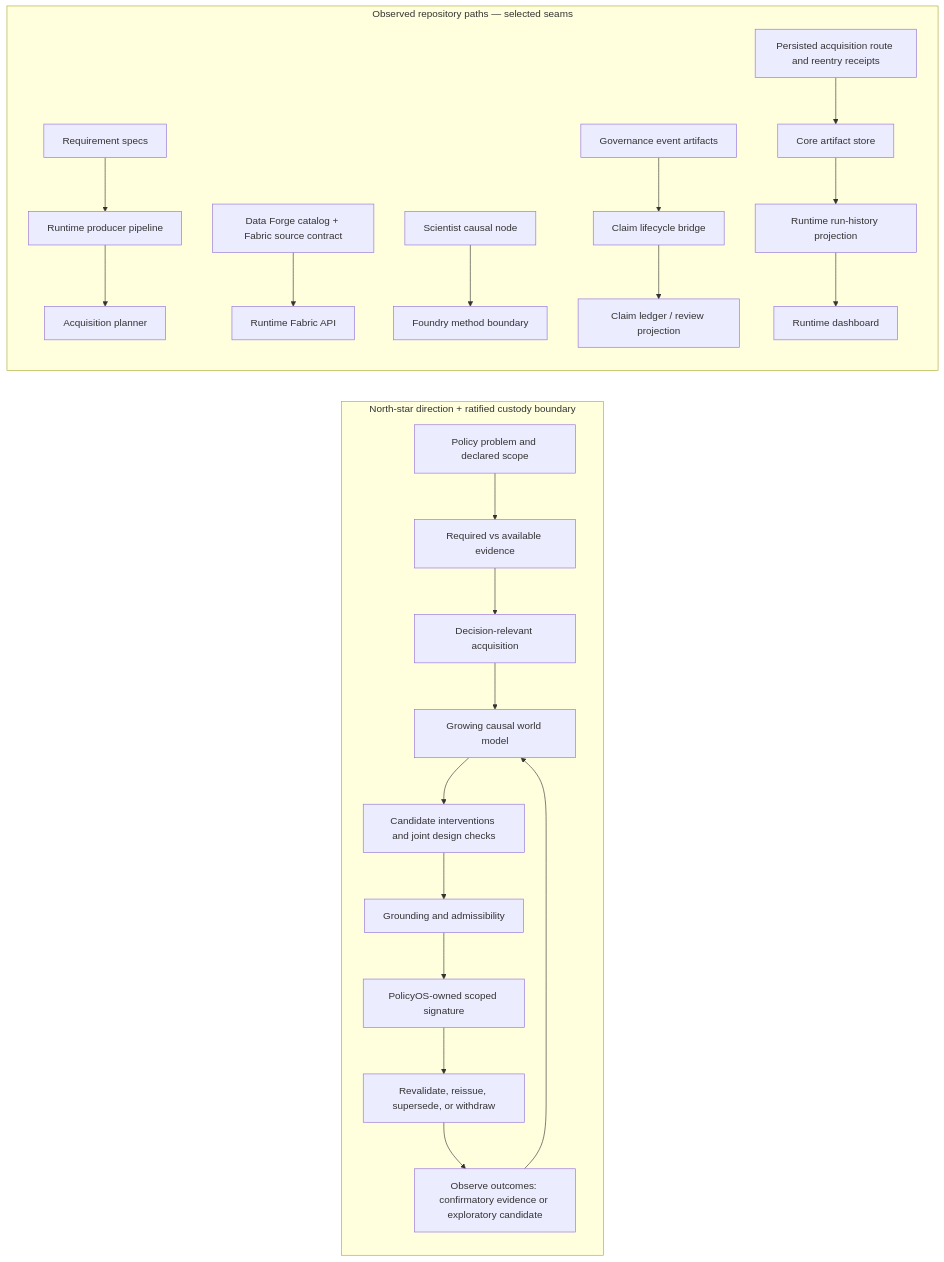
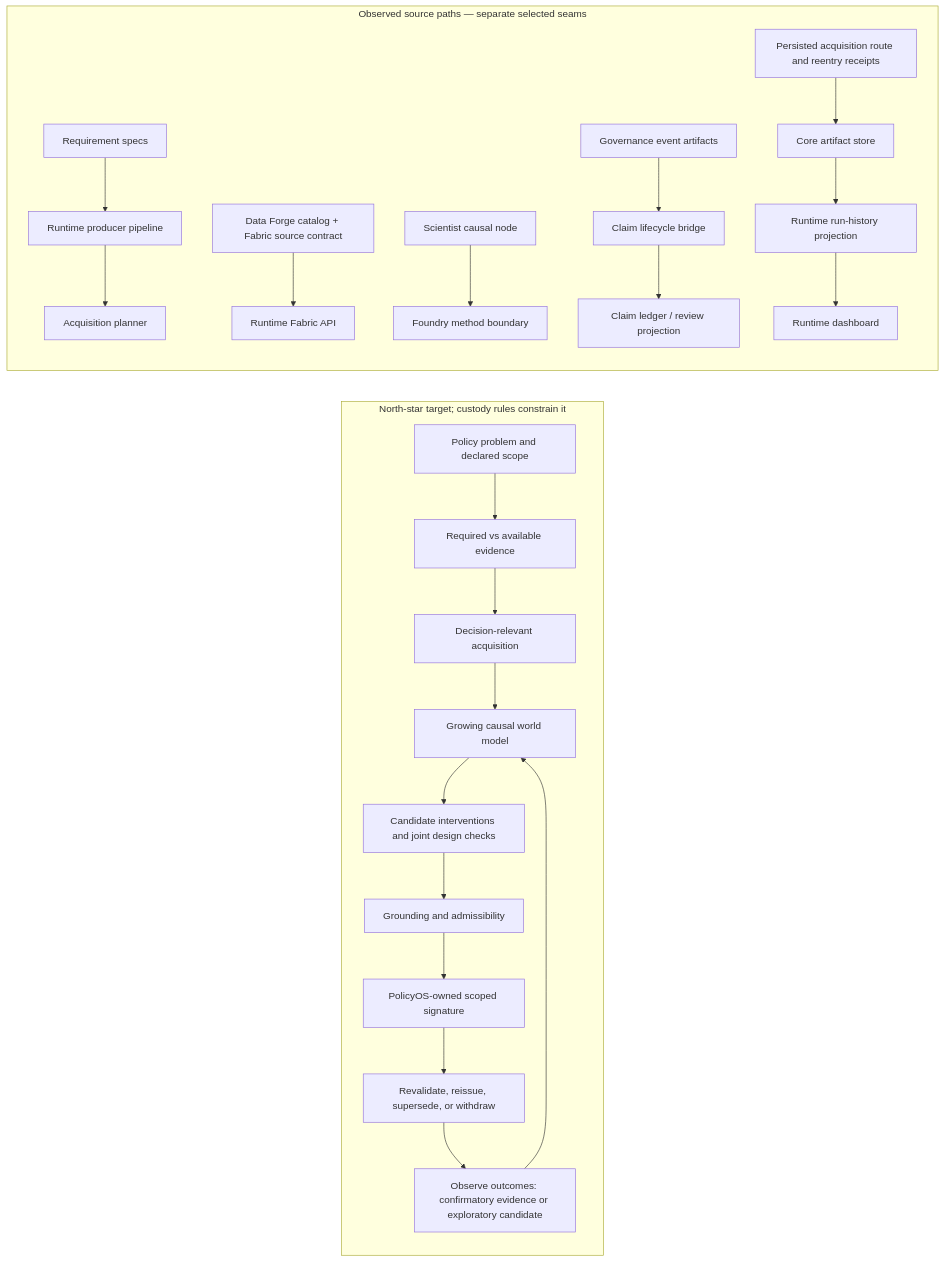
One commit to DenisKopylov/polisyos changed the diagram in policy-engine/docs/explanation/architecture.md. Above: the diagram before and after it, drawn with Mermaid. The commit also changed other lines of this file and 43 other files, not shown here.

````diff
--- a/policy-engine/docs/explanation/architecture.md
+++ b/policy-engine/docs/explanation/architecture.md
@@ -64,26 +94,26 @@
 ```mermaid
 flowchart LR
-    subgraph target["North-star direction + ratified custody boundary"]
+    subgraph target["North-star target; custody rules constrain it"]
         problem["Policy problem and declared scope"] --> need["Required vs available evidence"]
         need --> acquire["Decision-relevant acquisition"]
         acquire --> world["Growing causal world model"]
         world --> design["Candidate interventions and joint design checks"]
         design --> ground["Grounding and admissibility"]
         ground --> signature["PolicyOS-owned scoped signature"]
         signature --> custody["Revalidate, reissue, supersede, or withdraw"]
         custody --> learn["Observe outcomes: confirmatory evidence or exploratory candidate"]
         learn --> world
     end
 
-    subgraph code["Observed repository paths — selected seams"]
+    subgraph code["Observed source paths — separate selected seams"]
         req["Requirement specs"] --> pipeline["Runtime producer pipeline"]
         pipeline --> planner["Acquisition planner"]
         catalog["Data Forge catalog + Fabric source contract"] --> fabric_api["Runtime Fabric API"]
         scientist["Scientist causal node"] --> foundry["Foundry method boundary"]
         monitor["Governance event artifacts"] --> lifecycle["Claim lifecycle bridge"]
         lifecycle --> ledger["Claim ledger / review projection"]
         receipts["Persisted acquisition route and reentry receipts"] --> cas["Core artifact store"]
         cas --> run_api["Runtime run-history projection"]
         run_api --> dashboard["Runtime dashboard"]
     end
 ```
````
